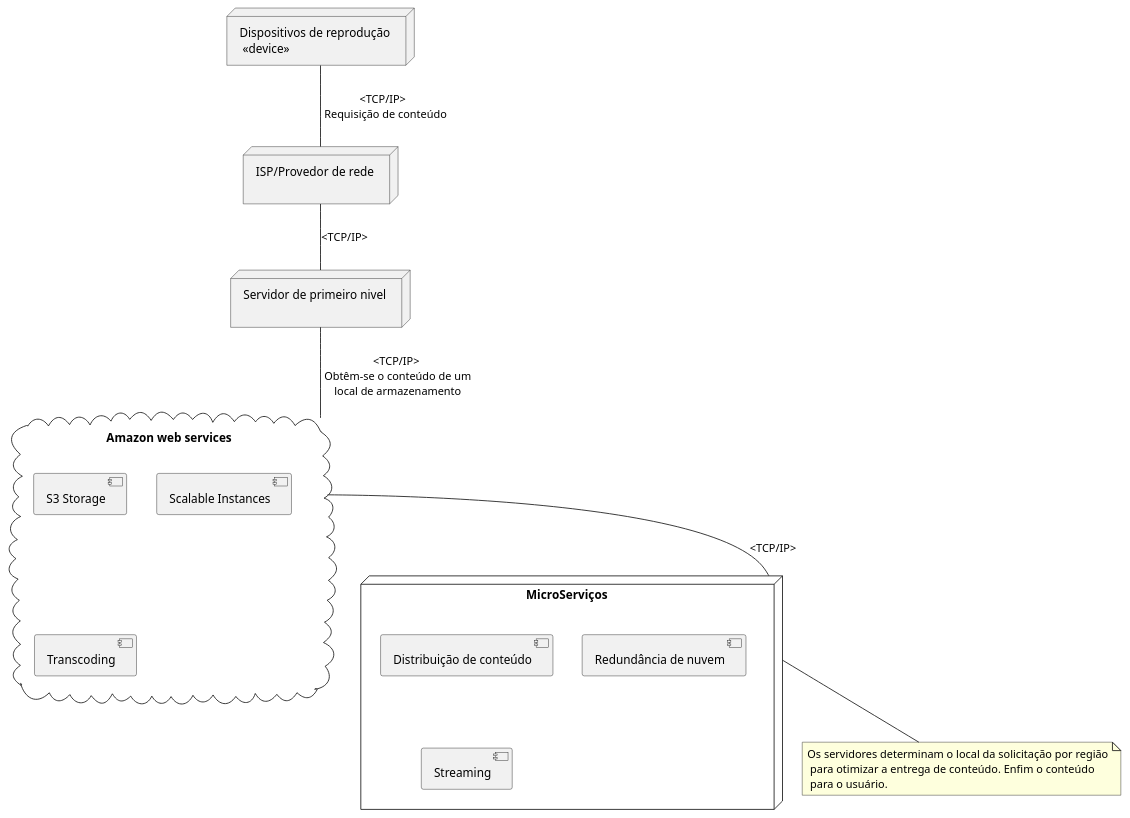
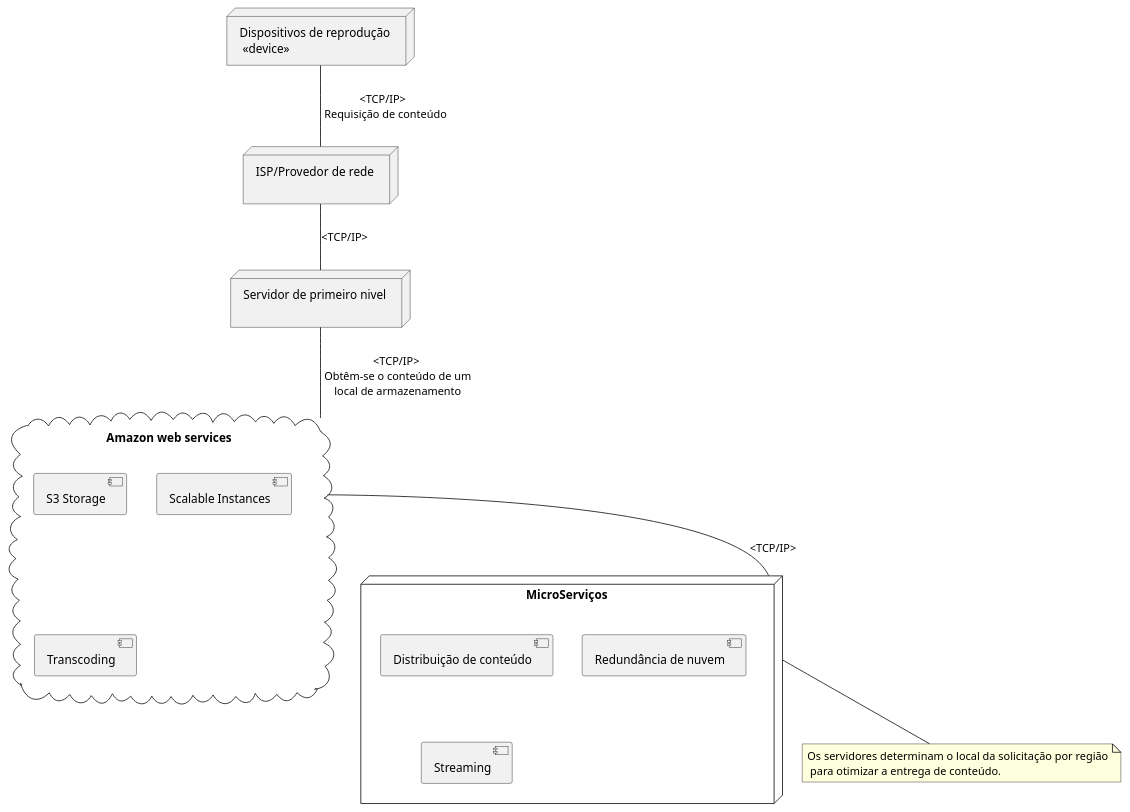
Before and after one commit to kvojps/estudo-uml: the diagram in netflix/G-Implantacao/arquiteturaGeral.puml, drawn with PlantUML. The commit also changed 5 other files, not shown here.

```diff
--- a/netflix/G-Implantacao/arquiteturaGeral.puml
+++ b/netflix/G-Implantacao/arquiteturaGeral.puml
@@ -1,34 +1,34 @@
 @startuml implantacao sistema de tickets
 
 node DispositivosReproducao as "Dispositivos de reprodução \n <<device>>" {
 
 }
 
 node IspProvedorRede as "ISP/Provedor de rede \n" {
 
 }
 
 node ServidorPrimeiroNivel as "Servidor de primeiro nivel \n" {
 
 }
 
 cloud AmazonWebServices as "Amazon web services \n" {
 [S3 Storage]
 [Scalable Instances]
 [Transcoding]
 }
 
 node MicroServicos as "MicroServiços \n" {
 [Distribuição de conteúdo]
 [Redundância de nuvem]
 [Streaming]
 }
 
-note "Os servidores determinam o local da solicitação por região\n para otimizar a entrega de conteúdo. Enfim o conteúdo\n para o usuário." as  N
+note "Os servidores determinam o local da solicitação por região\n para otimizar a entrega de conteúdo." as  N
 
 DispositivosReproducao -- IspProvedorRede: <TCP/IP> \n Requisição de conteúdo
 IspProvedorRede -- ServidorPrimeiroNivel : <TCP/IP> 
 ServidorPrimeiroNivel -- AmazonWebServices : <TCP/IP> \n Obtêm-se o conteúdo de um \nlocal de armazenamento
 AmazonWebServices -- MicroServicos : <TCP/IP>
 MicroServicos -- N
 @enduml
```
